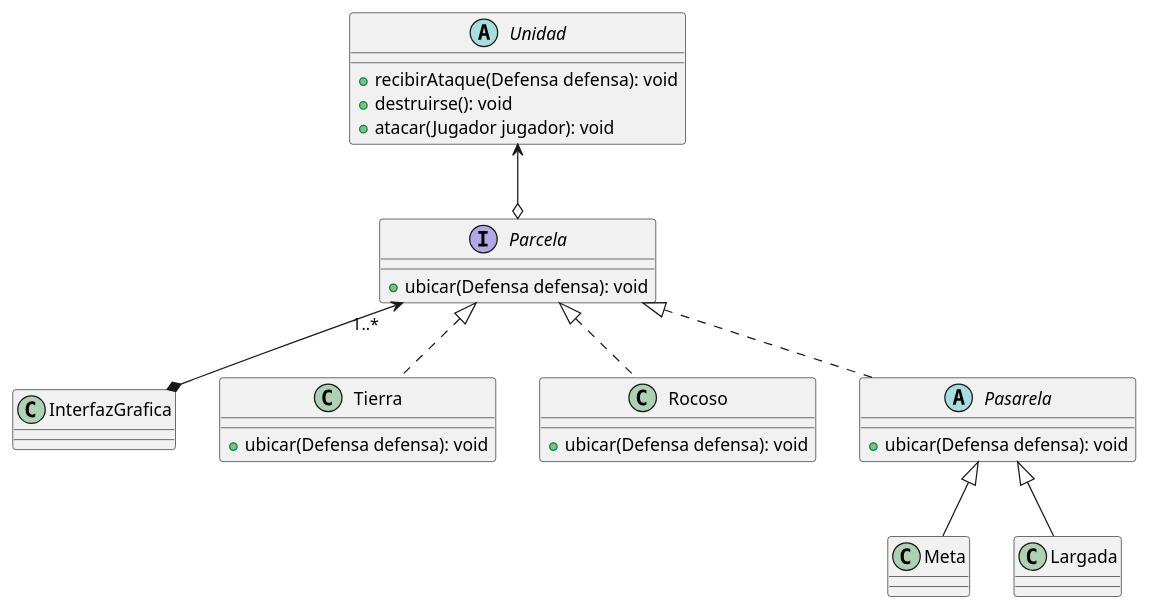
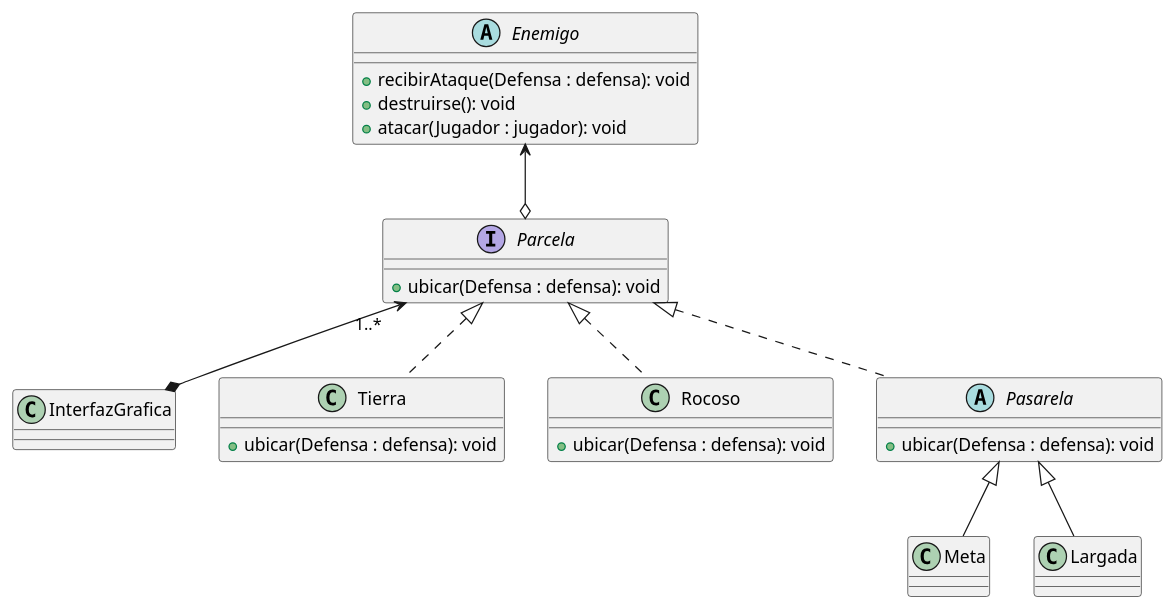
The diagram in diagrams/classes/Parcela_class_diagram.puml (franzimbi/algo3_tp2), drawn with PlantUML before and after one commit. The commit also changed 4 other files, not shown here.

Commit message:
actualizacion UML

```diff
--- a/diagrams/classes/Parcela_class_diagram.puml
+++ b/diagrams/classes/Parcela_class_diagram.puml
@@ -1,41 +1,41 @@
 @startuml
 'https://plantuml.com/class-diagram
 
 interface Parcela {
-    +ubicar(Defensa defensa): void
+    +ubicar(Defensa : defensa): void
 }
 
 class InterfazGrafica {}
 
 class Tierra {
-    +ubicar(Defensa defensa): void
+    +ubicar(Defensa : defensa): void
 }
 
 class Rocoso {
-    +ubicar(Defensa defensa): void
+    +ubicar(Defensa : defensa): void
 }
 
 abstract class Pasarela {
-    +ubicar(Defensa defensa): void
+    +ubicar(Defensa : defensa): void
 }
 
 class Meta {}
 class Largada {}
 
-abstract class Unidad {
-    +recibirAtaque(Defensa defensa): void
+abstract class Enemigo {
+    +recibirAtaque(Defensa : defensa): void
     +destruirse(): void
-    +atacar(Jugador jugador): void
+    +atacar(Jugador : jugador): void
 }
 
 Parcela "1..*" <--*  InterfazGrafica
 Parcela <|.. Tierra
 Parcela <|.. Rocoso
 Parcela <|.. Pasarela
 
 Pasarela <|-- Meta
 Pasarela <|-- Largada
-Unidad <--o Parcela
+Enemigo <--o Parcela
 
 
 @enduml
```
